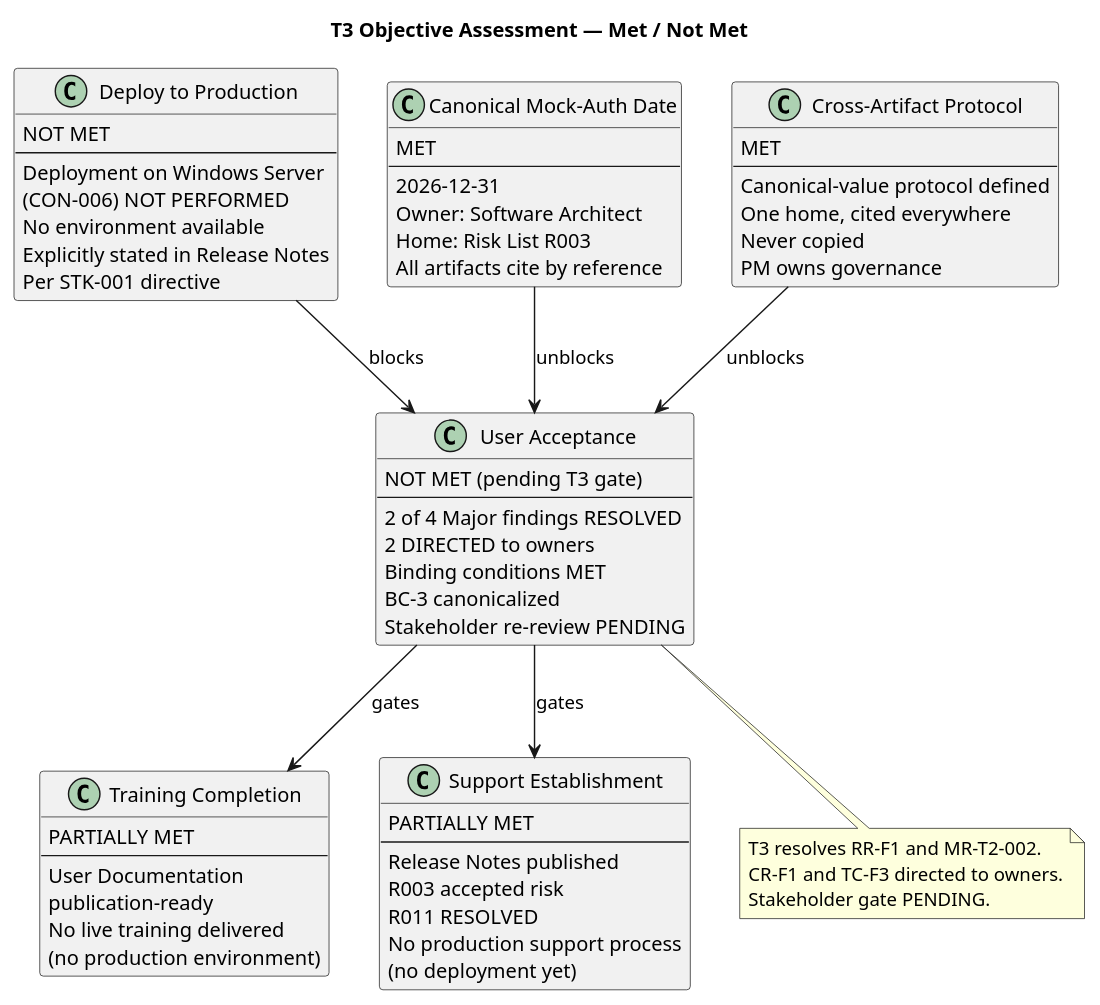
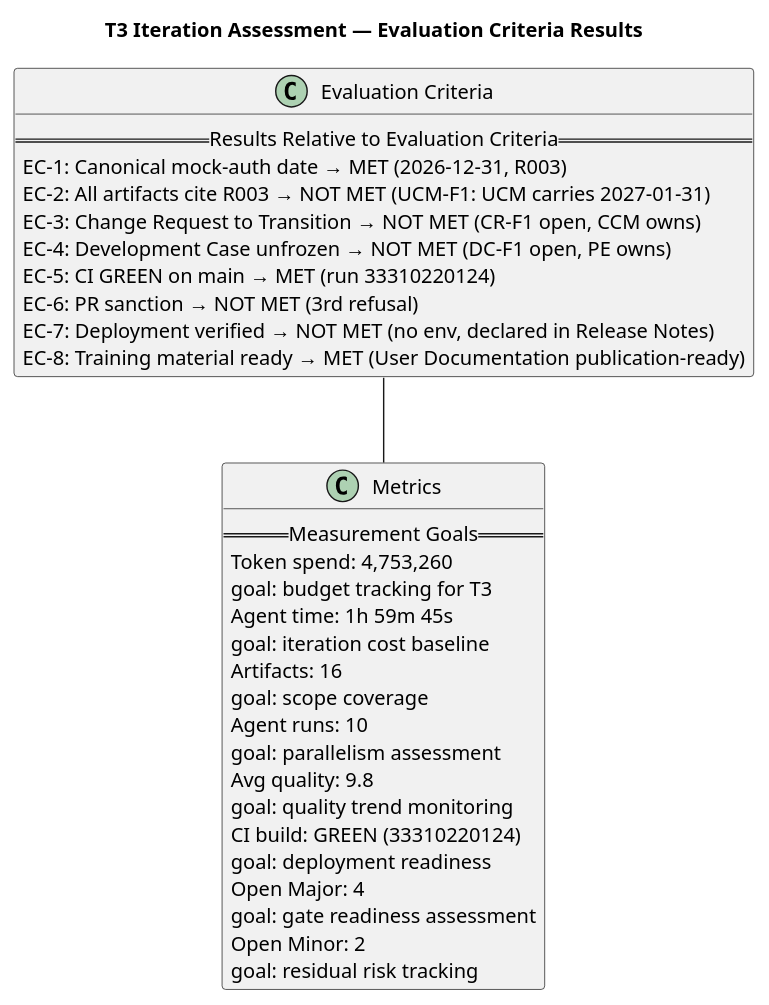
Before and after one commit to banense-test/portal-cuba-corp: the second of 2 diagrams in docs/artifacts/project-management/iteration-assessment.md, drawn with PlantUML. The commit also changed other lines of this file, not shown here.

First line of the commit message:
Project Manager [T3]: upsert Iteration Assessment

````diff
--- a/docs/artifacts/project-management/iteration-assessment.md
+++ b/docs/artifacts/project-management/iteration-assessment.md
@@ -29,73 +107,38 @@
 ```plantuml
 @startuml
-title T3 Objective Assessment — Met / Not Met
-
-skinparam classAttributeIconSize 0
-
-class "Deploy to Production" as OBJ1 {
-  NOT MET
-  --
-  Deployment on Windows Server
-  (CON-006) NOT PERFORMED
-  No environment available
-  Explicitly stated in Release Notes
-  Per STK-001 directive
+title T3 Iteration Assessment — Evaluation Criteria Results
+class "Evaluation Criteria" as EC {
+  == Results Relative to Evaluation Criteria ==
+  EC-1: Canonical mock-auth date → MET (2026-12-31, R003)
+  EC-2: All artifacts cite R003 → NOT MET (UCM-F1: UCM carries 2027-01-31)
+  EC-3: Change Request to Transition → NOT MET (CR-F1 open, CCM owns)
+  EC-4: Development Case unfrozen → NOT MET (DC-F1 open, PE owns)
+  EC-5: CI GREEN on main → MET (run 33310220124)
+  EC-6: PR sanction → NOT MET (3rd refusal)
+  EC-7: Deployment verified → NOT MET (no env, declared in Release Notes)
+  EC-8: Training material ready → MET (User Documentation publication-ready)
 }
 
-class "User Acceptance" as OBJ2 {
-  NOT MET (pending T3 gate)
-  --
-  2 of 4 Major findings RESOLVED
-  2 DIRECTED to owners
-  Binding conditions MET
-  BC-3 canonicalized
-  Stakeholder re-review PENDING
+class "Metrics" as M {
+  == Measurement Goals ==
+  Token spend: 4,753,260
+    goal: budget tracking for T3
+  Agent time: 1h 59m 45s
+    goal: iteration cost baseline
+  Artifacts: 16
+    goal: scope coverage
+  Agent runs: 10
+    goal: parallelism assessment
+  Avg quality: 9.8
+    goal: quality trend monitoring
+  CI build: GREEN (33310220124)
+    goal: deployment readiness
+  Open Major: 4
+    goal: gate readiness assessment
+  Open Minor: 2
+    goal: residual risk tracking
 }
 
-class "Training Completion" as OBJ3 {
-  PARTIALLY MET
-  --
-  User Documentation
-  publication-ready
-  No live training delivered
-  (no production environment)
-}
-
-class "Support Establishment" as OBJ4 {
-  PARTIALLY MET
-  --
-  Release Notes published
-  R003 accepted risk
-  R011 RESOLVED
-  No production support process
-  (no deployment yet)
-}
-
-class "Canonical Mock-Auth Date" as OBJ5 {
-  MET
-  --
-  2026-12-31
-  Owner: Software Architect
-  Home: Risk List R003
-  All artifacts cite by reference
-}
-
-class "Cross-Artifact Protocol" as OBJ6 {
-  MET
-  --
-  Canonical-value protocol defined
-  One home, cited everywhere
-  Never copied
-  PM owns governance
-}
-
-OBJ1 --> OBJ2 : blocks
-OBJ2 --> OBJ3 : gates
-OBJ2 --> OBJ4 : gates
-OBJ5 --> OBJ2 : unblocks
-OBJ6 --> OBJ2 : unblocks
-
-note bottom of OBJ2 : T3 resolves RR-F1 and MR-T2-002.\nCR-F1 and TC-F3 directed to owners.\nStakeholder gate PENDING.
-
+EC -- M
 @enduml
 ```
````
